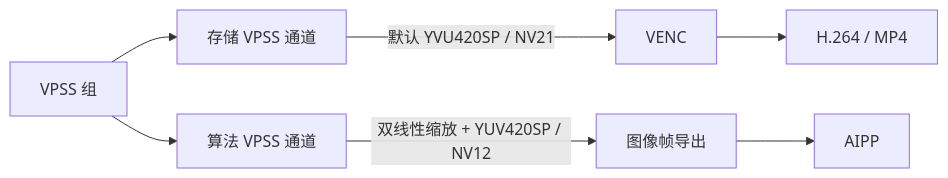
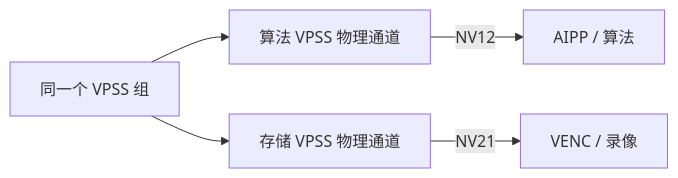
The second of 3 diagrams in engineering/diagnostics/ir-camera-input-chain-and-chroma-anomaly.md (visionzoo/vision-workbench), drawn with Mermaid before and after one commit. The commit also changed other lines of this file, not shown here.

````diff
--- a/engineering/diagnostics/ir-camera-input-chain-and-chroma-anomaly.md
+++ b/engineering/diagnostics/ir-camera-input-chain-and-chroma-anomaly.md
@@ -232,9 +120,7 @@
 ```mermaid
 flowchart LR
-    G[VPSS 组] --> SC[存储 VPSS 通道]
-    G --> AC[算法 VPSS 通道]
-    SC -->|默认 YVU420SP / NV21| VE[VENC]
-    VE --> H[H.264 / MP4]
-    AC -->|双线性缩放 + YUV420SP / NV12| EX[图像帧导出]
-    EX --> AP[AIPP]
+    G[同一个 VPSS 组] --> A[算法 VPSS 物理通道]
+    G --> S[存储 VPSS 物理通道]
+    A -->|NV12| P[AIPP / 算法]
+    S -->|NV21| V[VENC / 录像]
 ```
````
